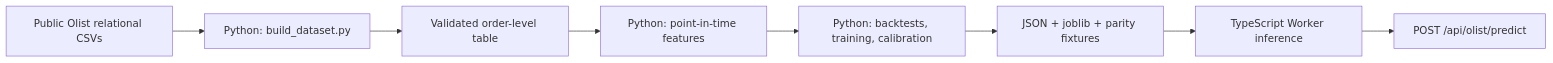
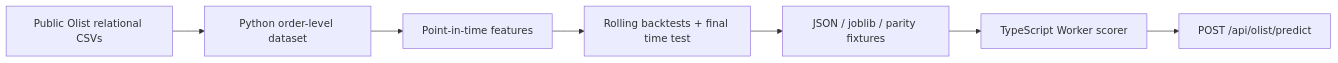
One commit to Sintagmatarches/applied-ai-lab changed the second of 2 diagrams in README.md. Above: the diagram before and after it, drawn with Mermaid. The commit also changed other lines of this file and 30 other files, not shown here.

````diff
--- a/README.md
+++ b/README.md
@@ -15,10 +90,9 @@
 ```mermaid
 flowchart LR
-  A["Public Olist relational CSVs"] --> B["Python: build_dataset.py"]
-  B --> C["Validated order-level table"]
-  C --> D["Python: point-in-time features"]
-  D --> E["Python: backtests, training, calibration"]
-  E --> F["JSON + joblib + parity fixtures"]
-  F --> G["TypeScript Worker inference"]
-  G --> H["POST /api/olist/predict"]
+  O["Public Olist relational CSVs"] --> B["Python order-level dataset"]
+  B --> P["Point-in-time features"]
+  P --> E["Rolling backtests + final time test"]
+  E --> J["JSON / joblib / parity fixtures"]
+  J --> R["TypeScript Worker scorer"]
+  R --> API["POST /api/olist/predict"]
 ```
````
